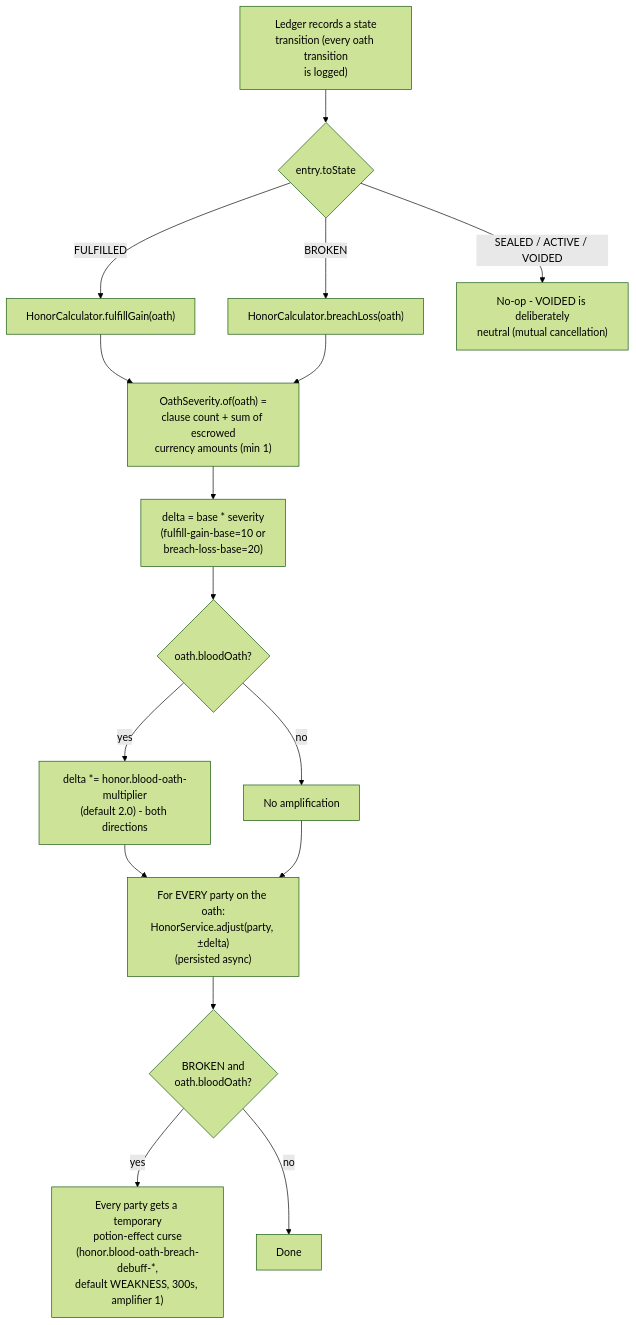
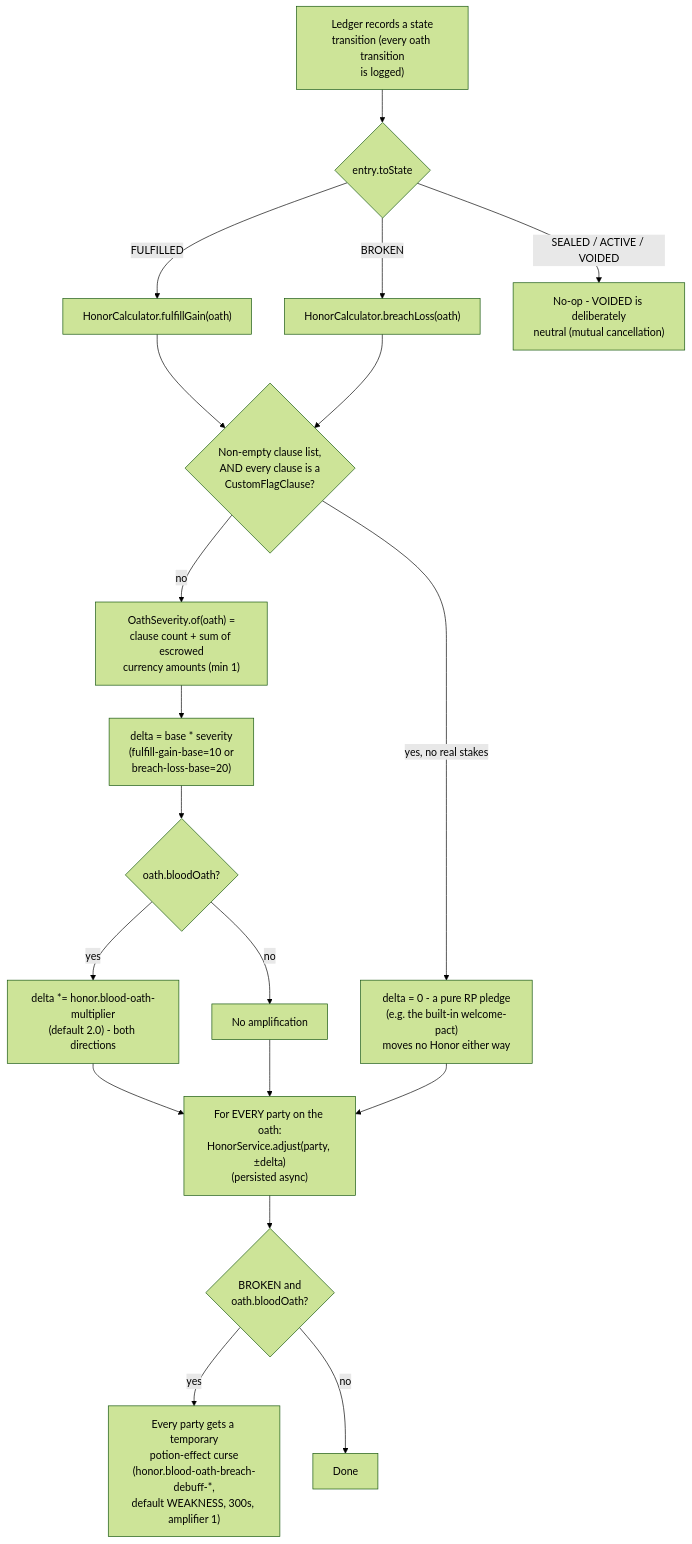
The first of 3 diagrams in docs/honor.md (philbgarner/oathbound), drawn with Mermaid (forest theme) before and after one commit. The commit also changed other lines of this file and 121 other files, not shown here.

````diff
--- a/docs/honor.md
+++ b/docs/honor.md
@@ -7,21 +7,26 @@
 ```mermaid
 flowchart TD
     Ledger["Ledger records a state\ntransition (every oath transition\nis logged)"] --> ToState{entry.toState}
     ToState -->|FULFILLED| Gain
     ToState -->|BROKEN| Loss
     ToState -->|"SEALED / ACTIVE / VOIDED"| NoOp["No-op - VOIDED is deliberately\nneutral (mutual cancellation)"]
 
-    Gain["HonorCalculator.fulfillGain(oath)"] --> Severity1
-    Loss["HonorCalculator.breachLoss(oath)"] --> Severity1
+    Gain["HonorCalculator.fulfillGain(oath)"] --> StakesCheck
+    Loss["HonorCalculator.breachLoss(oath)"] --> StakesCheck
+
+    StakesCheck{"Non-empty clause list,\nAND every clause is a\nCustomFlagClause?"}
+    StakesCheck -->|yes, no real stakes| ZeroDelta["delta = 0 - a pure RP pledge\n(e.g. the built-in welcome-pact)\nmoves no Honor either way"]
+    StakesCheck -->|no| Severity1
 
     Severity1["OathSeverity.of(oath) =\nclause count + sum of escrowed\ncurrency amounts (min 1)"] --> Scale["delta = base * severity\n(fulfill-gain-base=10 or\nbreach-loss-base=20)"]
     Scale --> BloodCheck{oath.bloodOath?}
     BloodCheck -->|yes| Amplify["delta *= honor.blood-oath-multiplier\n(default 2.0) - both directions"]
     BloodCheck -->|no| Skip[No amplification]
     Amplify --> Apply
     Skip --> Apply
+    ZeroDelta --> Apply
 
     Apply["For EVERY party on the oath:\nHonorService.adjust(party, ±delta)\n(persisted async)"] --> BreachDebuff{"BROKEN and\noath.bloodOath?"}
     BreachDebuff -->|yes| Debuff["Every party gets a temporary\npotion-effect curse\n(honor.blood-oath-breach-debuff-*,\ndefault WEAKNESS, 300s, amplifier 1)"]
     BreachDebuff -->|no| Done[Done]
 ```
````
